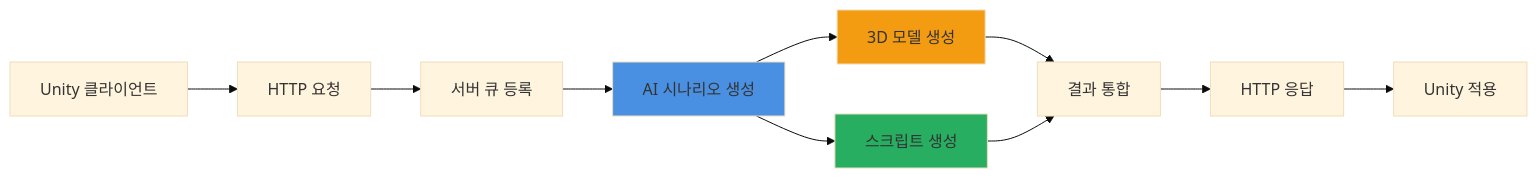
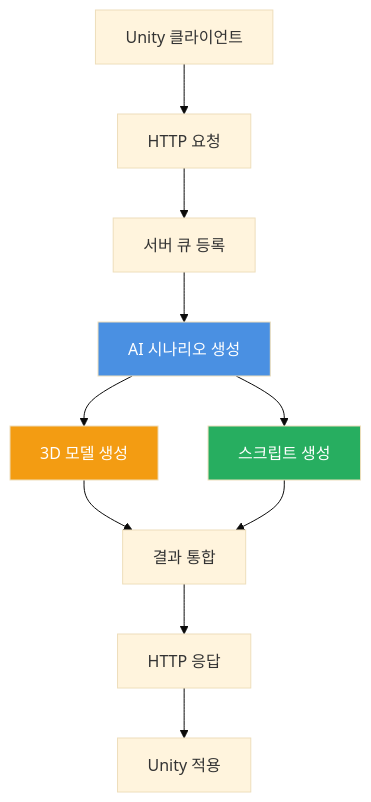
The diagram in README.md (Febriez/eroom-docs), drawn with Mermaid (base theme) before and after one commit.

Commit message:
머메이드 차트 로드 수정

````diff
--- a/README.md
+++ b/README.md
@@ -50,15 +50,16 @@
 ```mermaid
-graph LR
-A["Unity 클라이언트"] --> B["HTTP 요청"]
-B --> C["서버 큐 등록"]
-C --> D["AI 시나리오 생성"]
-D --> E["3D 모델 생성"]
-D --> F["스크립트 생성"]
-E --> G["결과 통합"]
-F --> G
-G --> H["HTTP 응답"]
-H --> I["Unity 적용"]
-style D fill:#4a90e2
-style E fill:#f39c12
-style F fill:#27ae60
+graph TD
+    A["Unity 클라이언트"] --> B["HTTP 요청"]
+    B --> C["서버 큐 등록"]
+    C --> D["AI 시나리오 생성"]
+    D --> E["3D 모델 생성"]
+    D --> F["스크립트 생성"]
+    E --> G["결과 통합"]
+    F --> G
+    G --> H["HTTP 응답"]
+    H --> I["Unity 적용"]
+
+    style D fill:#4a90e2,color:#fff
+    style E fill:#f39c12,color:#fff
+    style F fill:#27ae60,color:#fff
 ```
````
